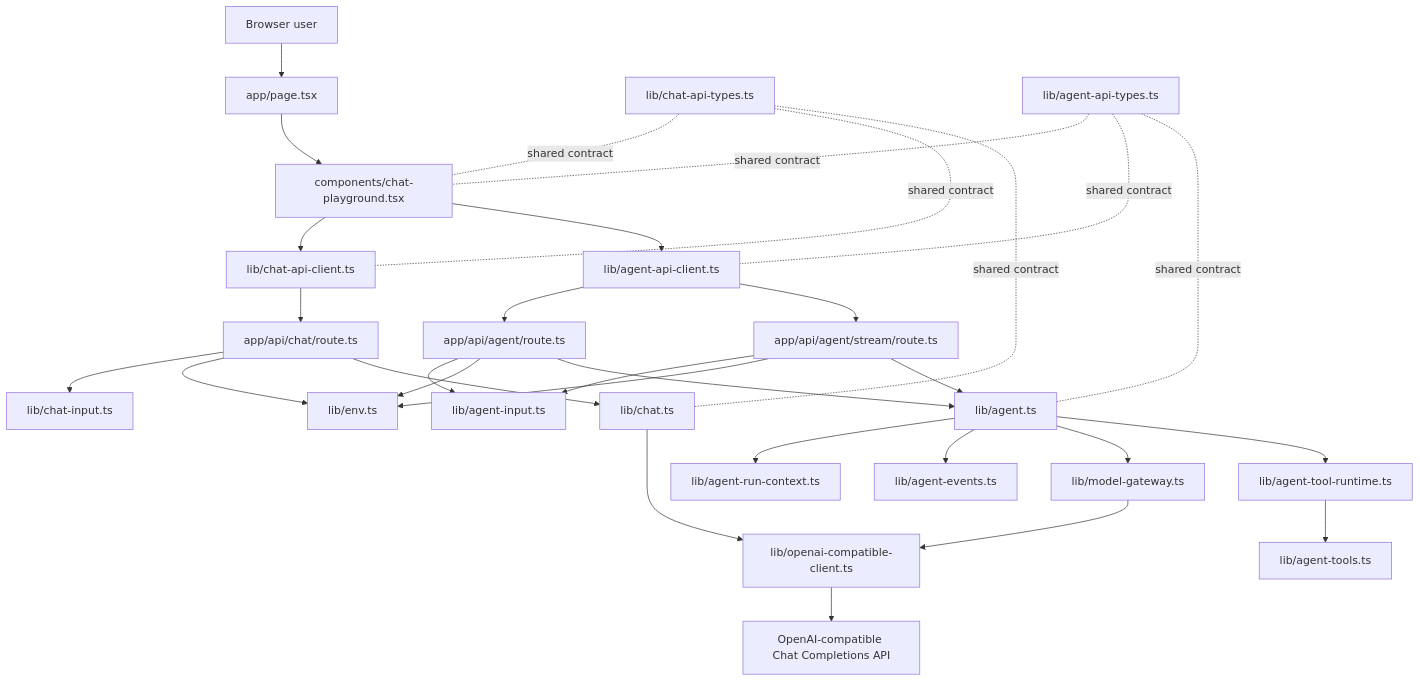
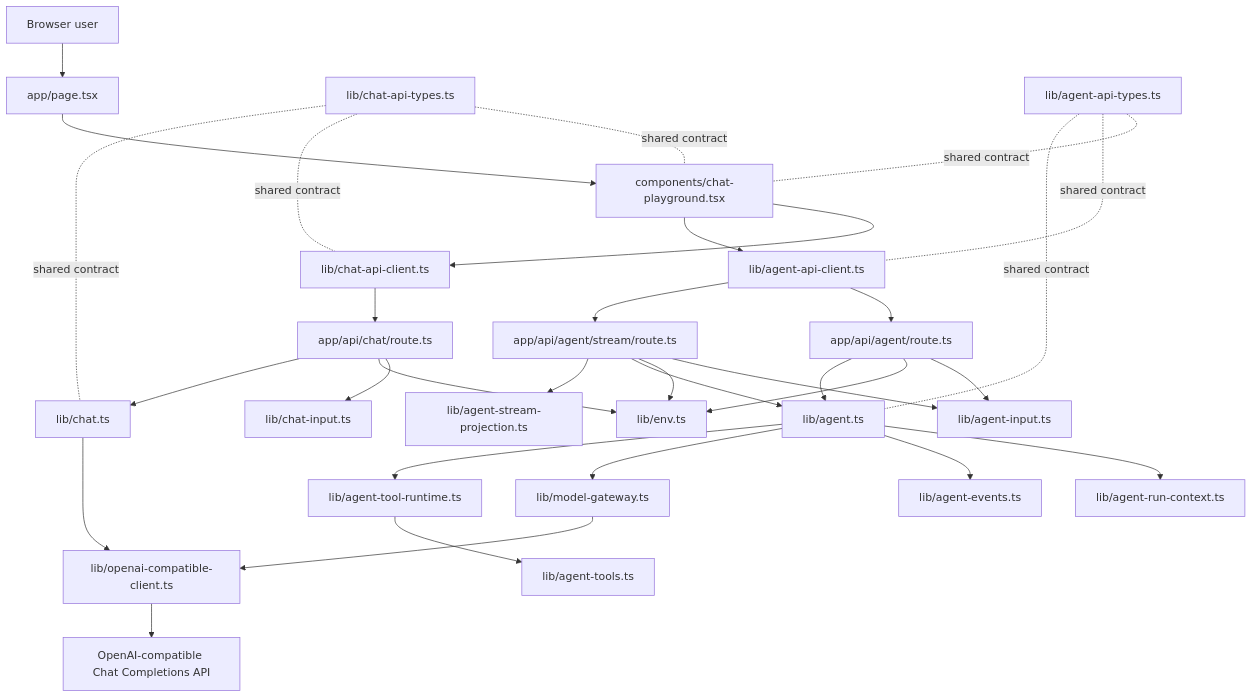
Before and after one commit to Liang-HZ/inspectable-agent-harness: the first of 3 diagrams in docs/architecture.md, drawn with Mermaid. The commit also changed other lines of this file and 3 other files, not shown here.

Commit message:
Project agent events to stream responses

````diff
--- a/docs/architecture.md
+++ b/docs/architecture.md
@@ -21,37 +21,38 @@
 ```mermaid
 flowchart TD
   User[Browser user] --> Page[app/page.tsx]
   Page --> Playground[components/chat-playground.tsx]
   Playground --> BrowserClient[lib/chat-api-client.ts]
   Playground --> AgentBrowserClient[lib/agent-api-client.ts]
   BrowserClient --> ChatRoute[app/api/chat/route.ts]
   AgentBrowserClient --> AgentRoute[app/api/agent/route.ts]
   AgentBrowserClient --> AgentStreamRoute[app/api/agent/stream/route.ts]
 
   ChatRoute --> ChatInput[lib/chat-input.ts]
   ChatRoute --> Env[lib/env.ts]
   ChatRoute --> ChatService[lib/chat.ts]
 
   AgentRoute --> AgentInput[lib/agent-input.ts]
   AgentStreamRoute --> AgentInput
   AgentRoute --> Env
   AgentStreamRoute --> Env
   AgentRoute --> AgentService[lib/agent.ts]
   AgentStreamRoute --> AgentService
+  AgentStreamRoute --> AgentProjection[lib/agent-stream-projection.ts]
   AgentService --> AgentRunContext[lib/agent-run-context.ts]
   AgentService --> AgentEvents[lib/agent-events.ts]
   AgentService --> ModelGateway[lib/model-gateway.ts]
   AgentService --> ToolRuntime[lib/agent-tool-runtime.ts]
   ToolRuntime --> AgentTools[lib/agent-tools.ts]
 
   ChatService --> OpenAIClient[lib/openai-compatible-client.ts]
   ModelGateway --> OpenAIClient
   OpenAIClient --> Provider[OpenAI-compatible Chat Completions API]
 
   SharedTypes[lib/chat-api-types.ts] -. shared contract .- Playground
   SharedTypes -. shared contract .- BrowserClient
   SharedTypes -. shared contract .- ChatService
   AgentTypes[lib/agent-api-types.ts] -. shared contract .- Playground
   AgentTypes -. shared contract .- AgentBrowserClient
   AgentTypes -. shared contract .- AgentService
 ```
````
